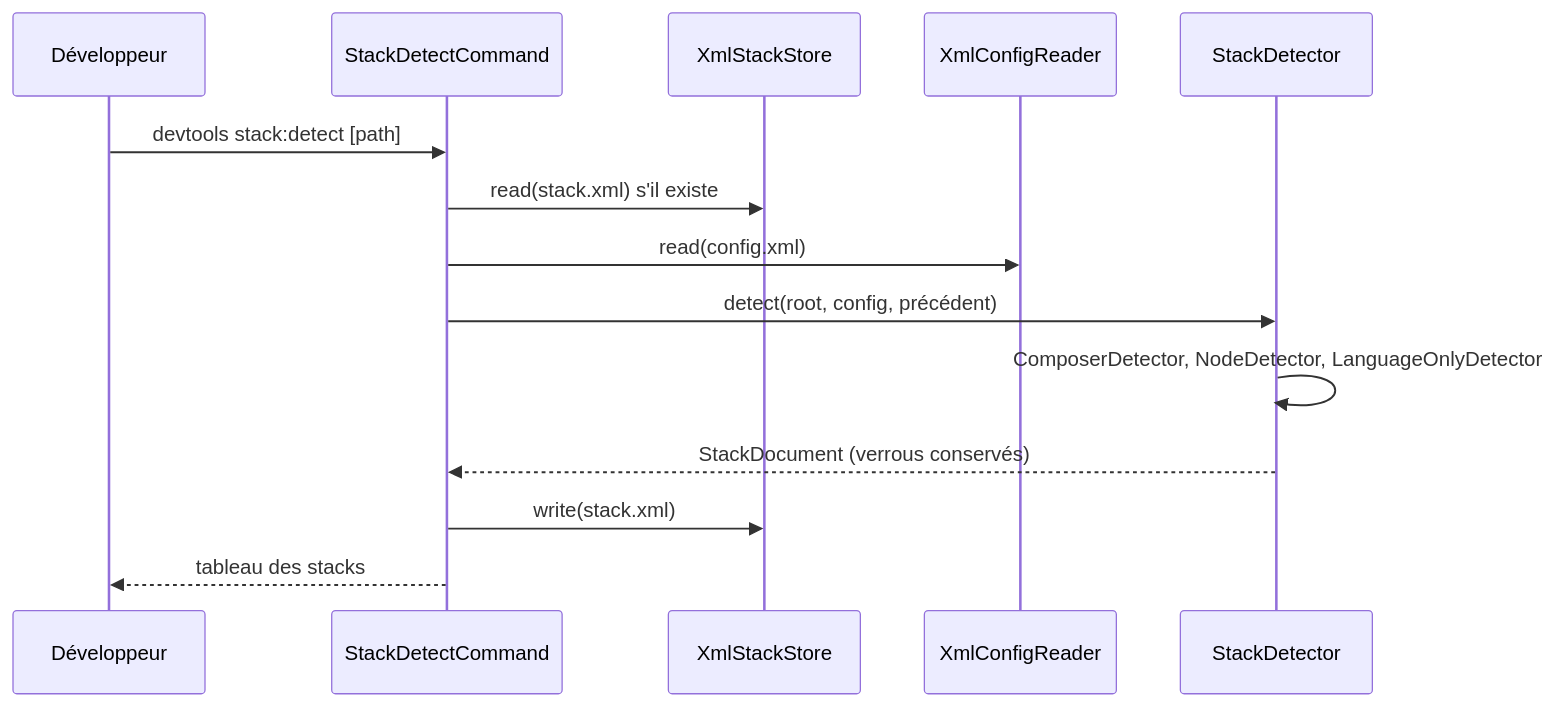
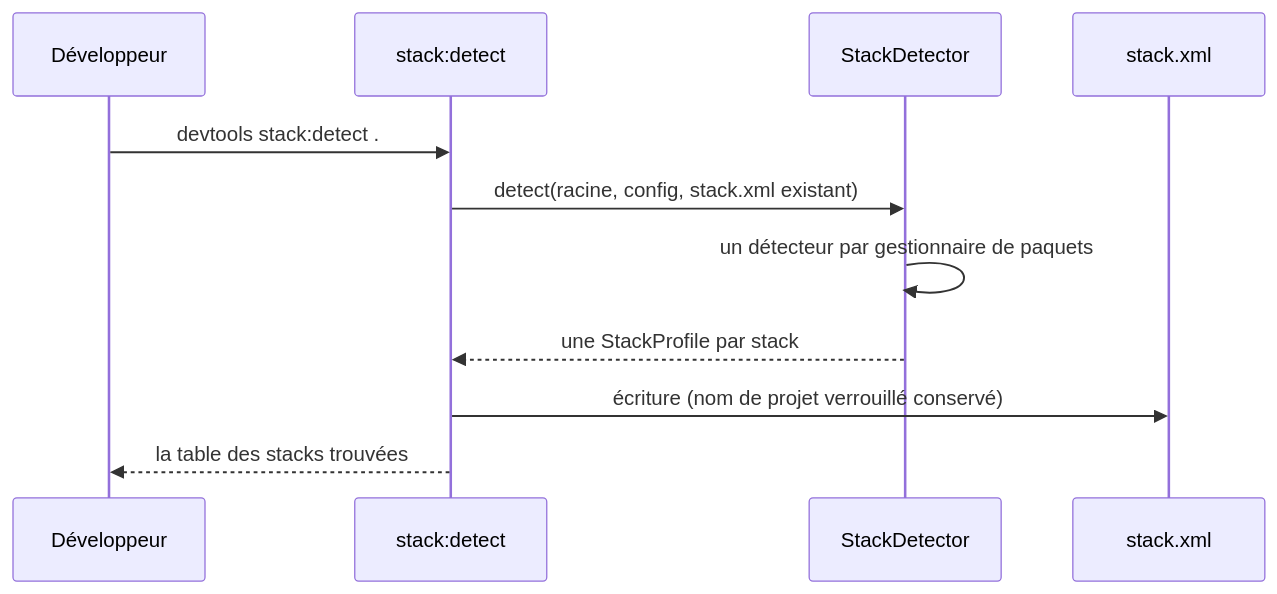
Before and after one commit to jul6art/devtools: the first of 4 diagrams in docs/workflows/commands/stack.detect.md, drawn with Mermaid. The commit also changed other lines of this file and 364 other files, not shown here.

````diff
--- a/docs/workflows/commands/stack.detect.md
+++ b/docs/workflows/commands/stack.detect.md
@@ -20,16 +18,13 @@
 ```mermaid
 sequenceDiagram
   participant U as Développeur
-  participant C as StackDetectCommand
-  participant X as XmlStackStore
-  participant R as XmlConfigReader
+  participant C as stack:detect
   participant D as StackDetector
-  U->>C: devtools stack:detect [path]
-  C->>X: read(stack.xml) s'il existe
-  C->>R: read(config.xml)
-  C->>D: detect(root, config, précédent)
-  D->>D: ComposerDetector, NodeDetector, LanguageOnlyDetector
-  D-->>C: StackDocument (verrous conservés)
-  C->>X: write(stack.xml)
-  C-->>U: tableau des stacks
+  participant S as stack.xml
+  U->>C: devtools stack:detect .
+  C->>D: detect(racine, config, stack.xml existant)
+  D->>D: un détecteur par gestionnaire de paquets
+  D-->>C: une StackProfile par stack
+  C->>S: écriture (nom de projet verrouillé conservé)
+  C-->>U: la table des stacks trouvées
 ```
````
